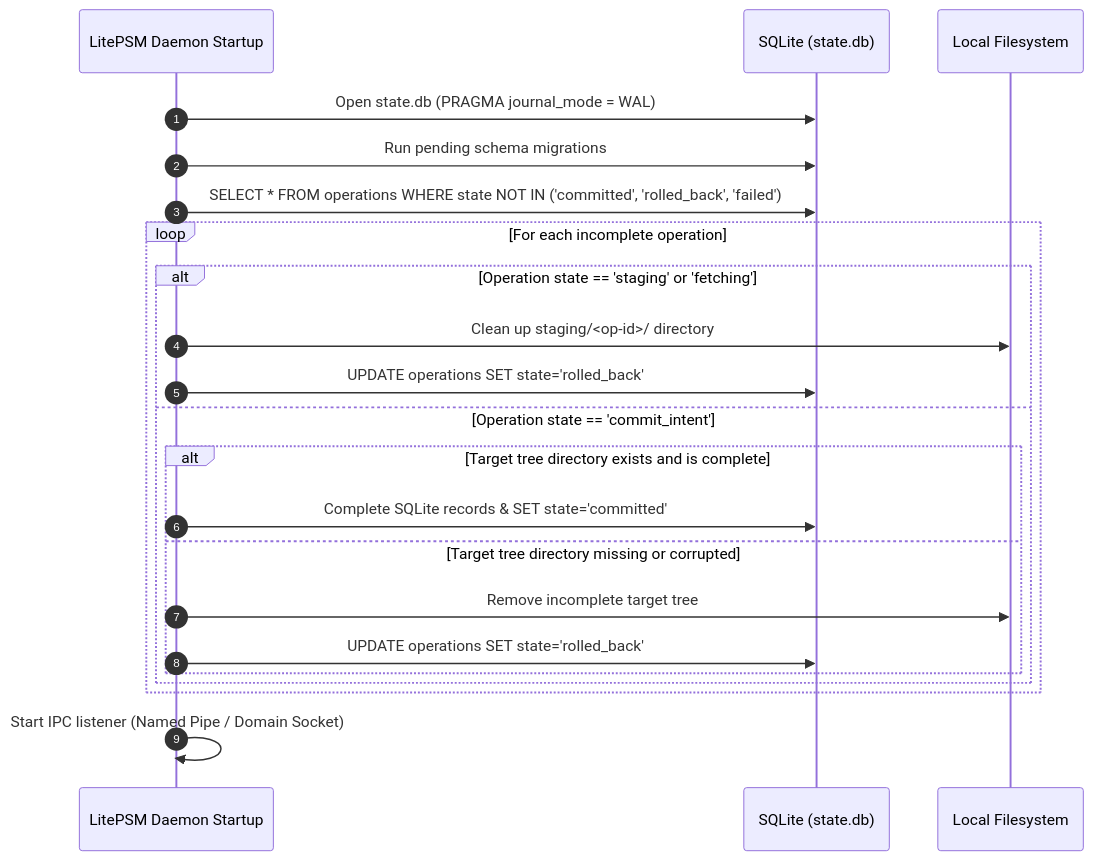
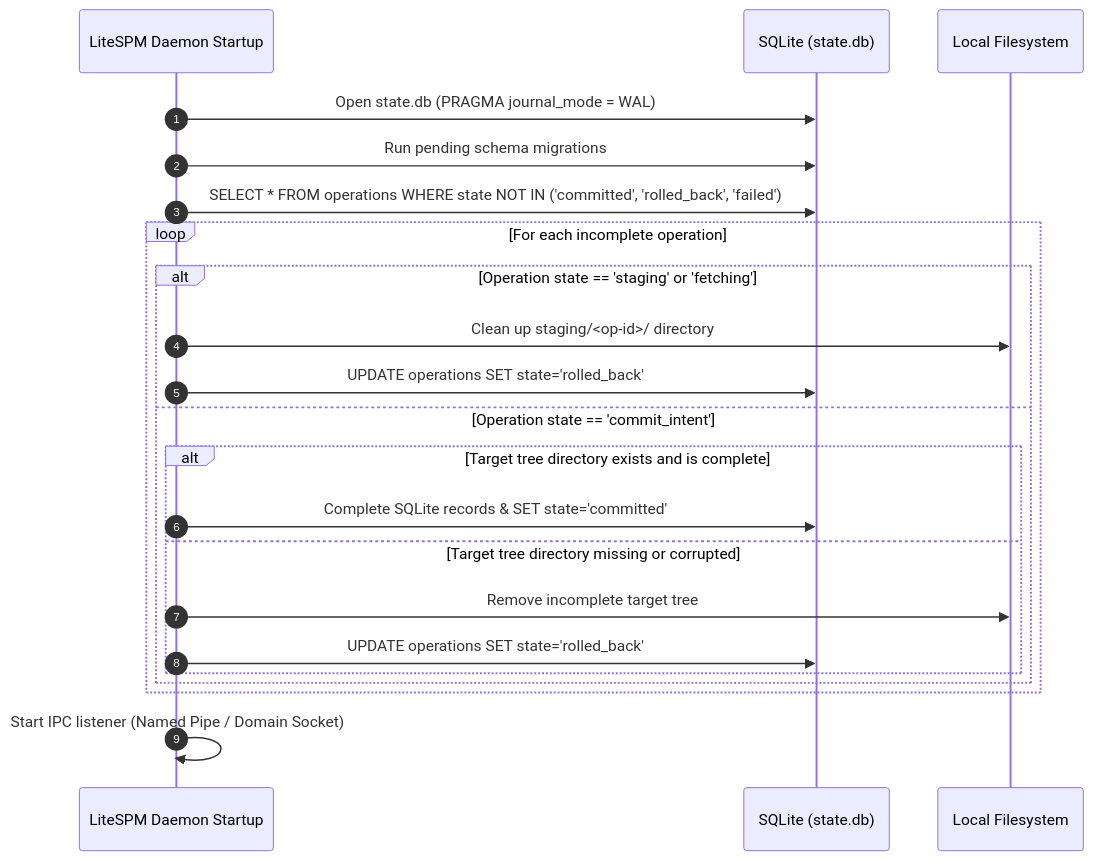
The fourth of 4 diagrams in ARCH/02-HLD.md (sarv-projects/LitePSM), drawn with Mermaid before and after one commit. The commit also changed other lines of this file and 193 other files, not shown here.

````diff
--- a/ARCH/02-HLD.md
+++ b/ARCH/02-HLD.md
@@ -206,25 +206,25 @@
 ```mermaid
 sequenceDiagram
     autonumber
-    participant Daemon as LitePSM Daemon Startup
+    participant Daemon as LiteSPM Daemon Startup
     participant DB as SQLite (state.db)
     participant FS as Local Filesystem
 
     Daemon->>DB: Open state.db (PRAGMA journal_mode = WAL)
     Daemon->>DB: Run pending schema migrations
     Daemon->>DB: SELECT * FROM operations WHERE state NOT IN ('committed', 'rolled_back', 'failed')
     loop For each incomplete operation
         alt Operation state == 'staging' or 'fetching'
             Daemon->>FS: Clean up staging/<op-id>/ directory
             Daemon->>DB: UPDATE operations SET state='rolled_back'
         else Operation state == 'commit_intent'
             alt Target tree directory exists and is complete
                 Daemon->>DB: Complete SQLite records & SET state='committed'
             else Target tree directory missing or corrupted
                 Daemon->>FS: Remove incomplete target tree
                 Daemon->>DB: UPDATE operations SET state='rolled_back'
             end
         end
     end
     Daemon->>Daemon: Start IPC listener (Named Pipe / Domain Socket)
 ```
````
